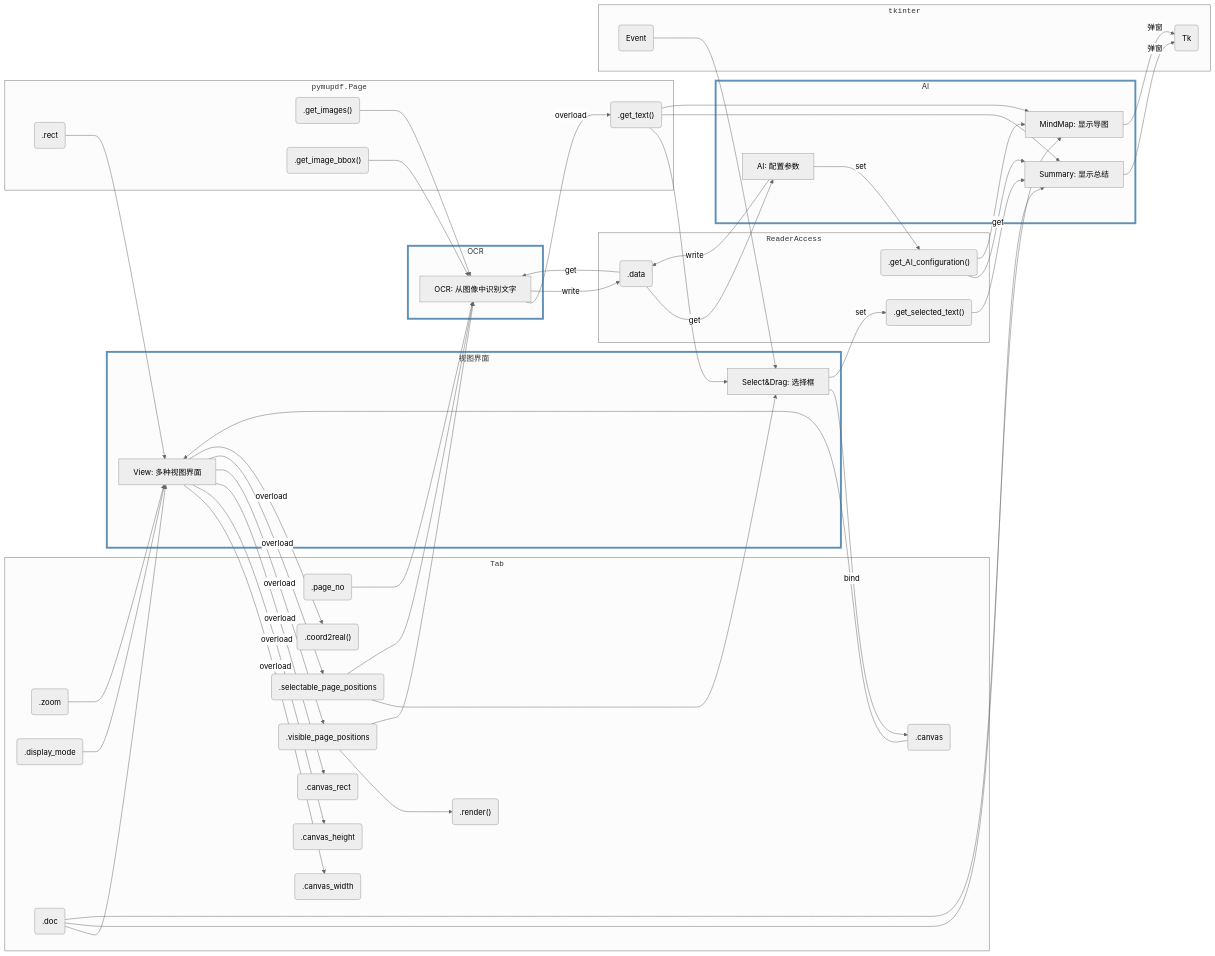
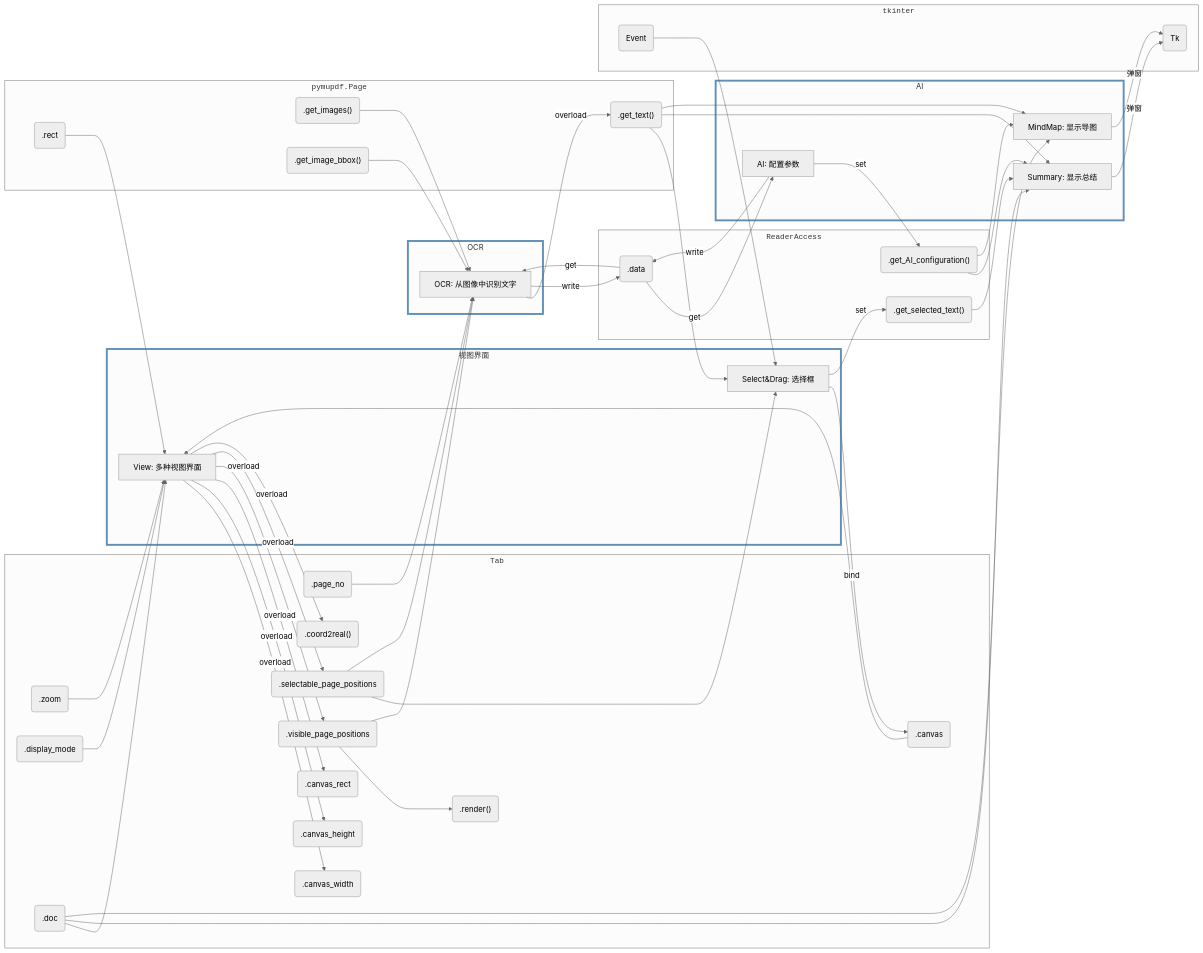
The diagram in schedule/Week2.md (huangxy-666/GlueousReader), drawn with Mermaid (neutral theme) before and after one commit.

Commit message:
modify 插件关系图 in Week2.md

```diff
--- a/schedule/Week2.md
+++ b/schedule/Week2.md
@@ -91,7 +91,7 @@
 	get_selected_text --> Summary
 	doc --> Summary
 	get_text --> Summary
-	get_AI_configuration -->|get| Summary
+	get_AI_configuration --> Summary
 	Summary -->|弹窗| Tk
 
 	get_text --> MindMap
```
